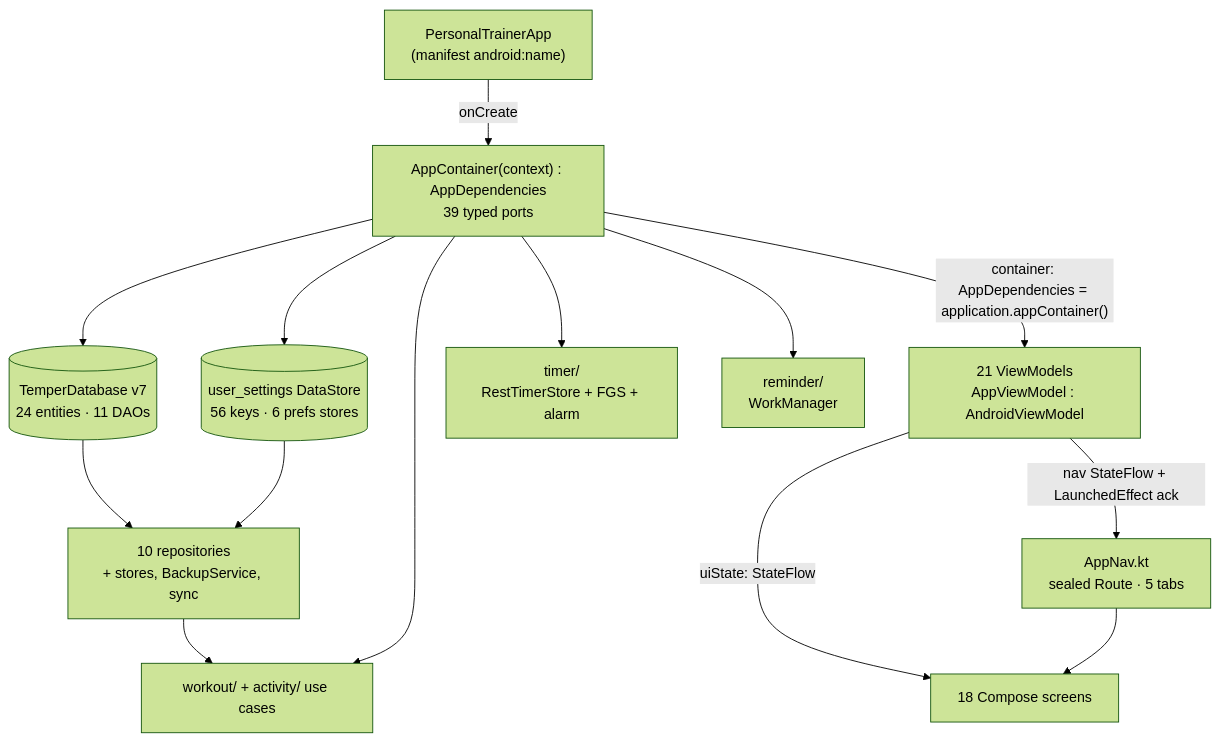
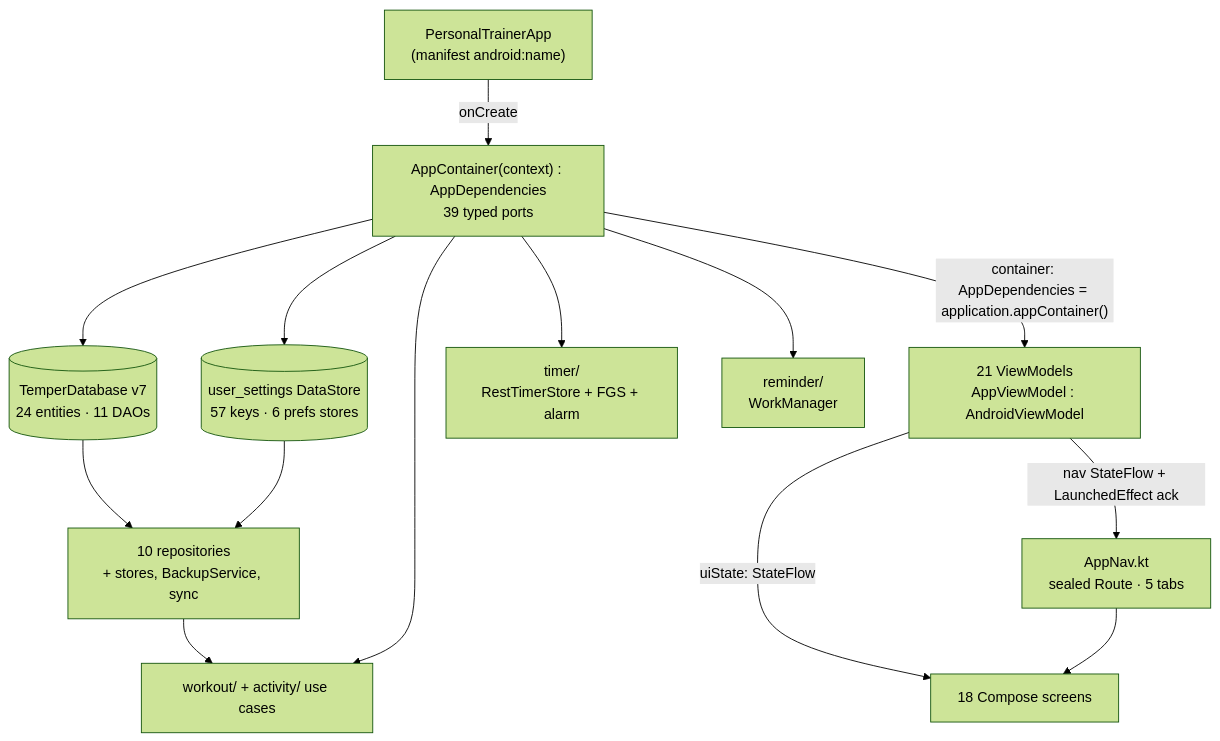
The diagram in docs/architecture/CURRENT_STRUCTURE.md (sinura7/PersonalTrainer), drawn with Mermaid (forest theme) before and after one commit. The commit also changed other lines of this file and 14 other files, not shown here.

````diff
--- a/docs/architecture/CURRENT_STRUCTURE.md
+++ b/docs/architecture/CURRENT_STRUCTURE.md
@@ -74,28 +74,28 @@
 ```mermaid
 flowchart TB
     PTA["PersonalTrainerApp<br/>(manifest android:name)"]
     AC["AppContainer(context) : AppDependencies<br/>39 typed ports"]
     DB[("TemperDatabase v7<br/>24 entities · 11 DAOs")]
-    PREFS[("user_settings DataStore<br/>56 keys · 6 prefs stores")]
+    PREFS[("user_settings DataStore<br/>57 keys · 6 prefs stores")]
     REPOS["10 repositories<br/>+ stores, BackupService, sync"]
     UC["workout/ + activity/ use cases"]
     VMS["21 ViewModels<br/>AppViewModel : AndroidViewModel"]
     NAV["AppNav.kt<br/>sealed Route · 5 tabs"]
     SCR["18 Compose screens"]
     TIM["timer/<br/>RestTimerStore + FGS + alarm"]
     REM["reminder/<br/>WorkManager"]
 
     PTA -->|onCreate| AC
     AC --> DB
     AC --> PREFS
     DB --> REPOS
     PREFS --> REPOS
     REPOS --> UC
     AC --> UC
     AC --> TIM
     AC --> REM
     AC -->|"container: AppDependencies = application.appContainer()"| VMS
     VMS -->|"uiState: StateFlow"| SCR
     VMS -->|"nav StateFlow + LaunchedEffect ack"| NAV
     NAV --> SCR
 ```
````
